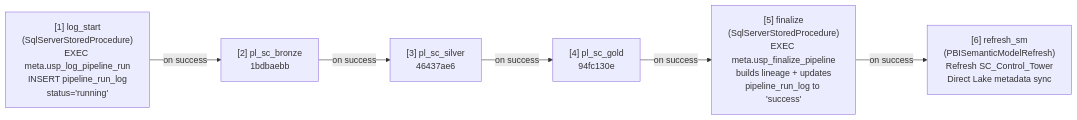
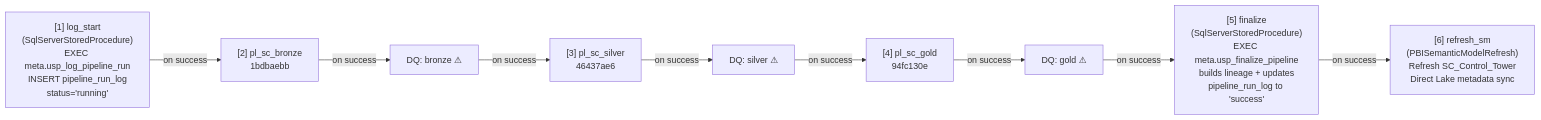
One commit to ankinguyen-engineer-2002/Fabric-v9-Warehouse-Medallion changed the second of 11 diagrams in v9_architecture_supplychain.md. Above: the diagram before and after it, drawn with Mermaid. The commit also changed other lines of this file and 5 other files, not shown here.

First line of the commit message:
Add DQ gates to all pipeline architecture diagrams (experimental)

````diff
--- a/v9_architecture_supplychain.md
+++ b/v9_architecture_supplychain.md
@@ -217,15 +217,18 @@
 ```mermaid
 flowchart LR
     LS["[1] log_start\n(SqlServerStoredProcedure)\nEXEC meta.usp_log_pipeline_run\nINSERT pipeline_run_log\nstatus='running'"]
     B["[2] pl_sc_bronze\n1bdbaebb"]
     S["[3] pl_sc_silver\n46437ae6"]
     G["[4] pl_sc_gold\n94fc130e"]
     FN["[5] finalize\n(SqlServerStoredProcedure)\nEXEC meta.usp_finalize_pipeline\nbuilds lineage + updates\npipeline_run_log to 'success'"]
     SM["[6] refresh_sm\n(PBISemanticModelRefresh)\nRefresh SC_Control_Tower\nDirect Lake metadata sync"]
 
     LS -->|"on success"| B
-    B -->|"on success"| S
-    S -->|"on success"| G
-    G -->|"on success"| FN
+    B -->|"on success"| DQ1["DQ: bronze ⚠"]
+    DQ1 -->|"on success"| S
+    S -->|"on success"| DQ2["DQ: silver ⚠"]
+    DQ2 -->|"on success"| G
+    G -->|"on success"| DQ3["DQ: gold ⚠"]
+    DQ3 -->|"on success"| FN
     FN -->|"on success"| SM
 ```
````
